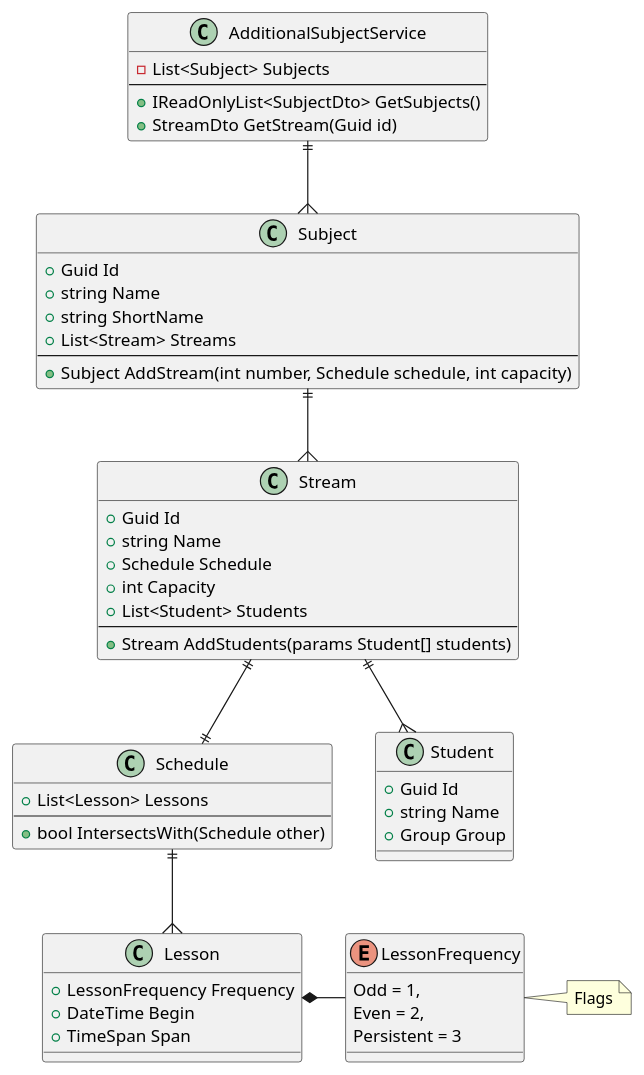
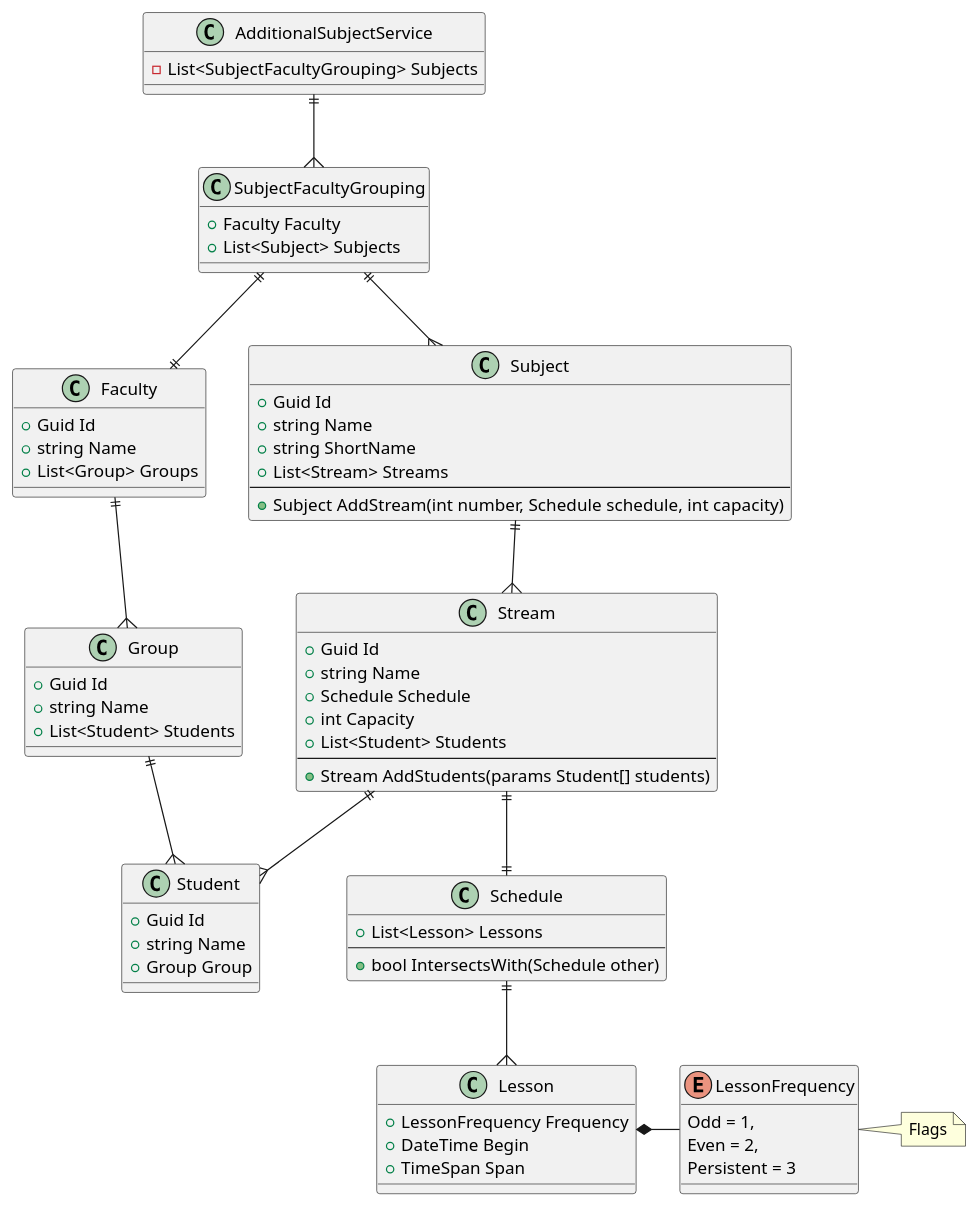
Before and after one commit to ronimizy/OopLabs: the diagram in IsuExtra/Docs/ERD.puml, drawn with PlantUML.

Commit message:
feat: added faculties

```diff
--- a/IsuExtra/Docs/ERD.puml
+++ b/IsuExtra/Docs/ERD.puml
@@ -1,80 +1,103 @@
 @startuml
 'https://plantuml.com/class-diagram
 
 note "Flags" as Fl
 LessonFrequency . Fl
 
 enum LessonFrequency
 {
     Odd = 1, 
     Even = 2, 
     Persistent = 3
 }
 
 class Lesson 
 {
     + LessonFrequency Frequency
     + DateTime Begin
     + TimeSpan Span
 }
 
 class Schedule
 {
     + List<Lesson> Lessons
     --
     + bool IntersectsWith(Schedule other)
 }
 
 class Student
 {
     + Guid Id
     + string Name
     + Group Group
 }
 
+class Group
+{
+    + Guid Id
+    + string Name
+    + List<Student> Students
+}
+
+class Faculty 
+{
+    + Guid Id
+    + string Name
+    + List<Group> Groups
+}
+
 class Stream 
 {
     + Guid Id
     + string Name
     + Schedule Schedule
     + int Capacity
     + List<Student> Students
     --
     + Stream AddStudents(params Student[] students)
 }
 
 class Subject 
 {
     + Guid Id
     + string Name
     + string ShortName
     + List<Stream> Streams
     --
     + Subject AddStream(int number, Schedule schedule, int capacity)
 }
 
+class SubjectFacultyGrouping
+{
+    + Faculty Faculty
+    + List<Subject> Subjects
+}
+
 class AdditionalSubjectService
 {
-    - List<Subject> Subjects
-    --
-    + IReadOnlyList<SubjectDto> GetSubjects()
-    + StreamDto GetStream(Guid id)
+    - List<SubjectFacultyGrouping> Subjects
 }
 
 '
 '
 '
 
-
 Lesson *- LessonFrequency
 
 Schedule ||--{ Lesson
+
+Group ||--{ Student
+
+Faculty ||--{ Group
 
 Stream ||--{ Student
 Stream ||--|| Schedule
 
 Subject ||--{ Stream
 
-AdditionalSubjectService ||--{ Subject
+SubjectFacultyGrouping ||--|| Faculty
+SubjectFacultyGrouping ||--{ Subject
+
+AdditionalSubjectService ||--{ SubjectFacultyGrouping
 
 @enduml
```
